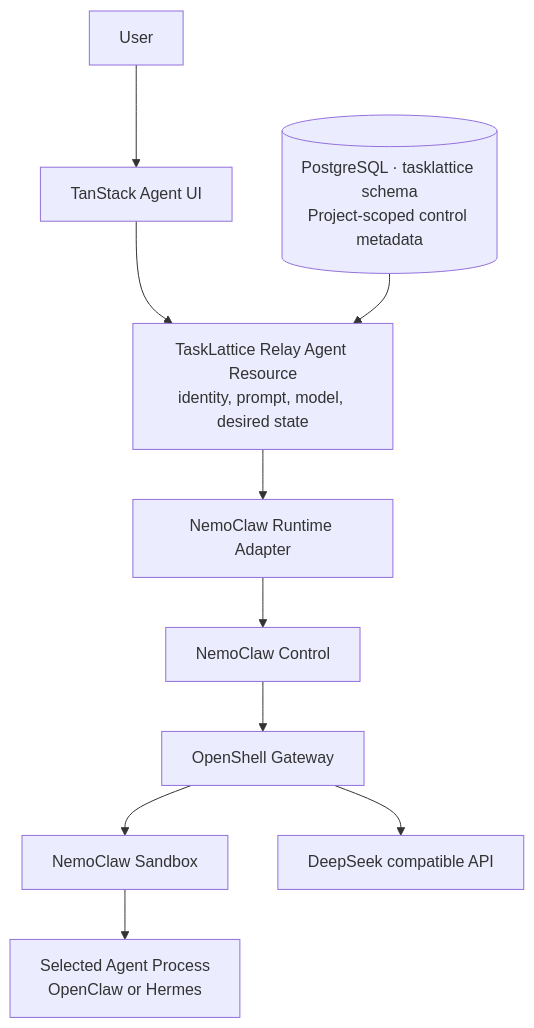
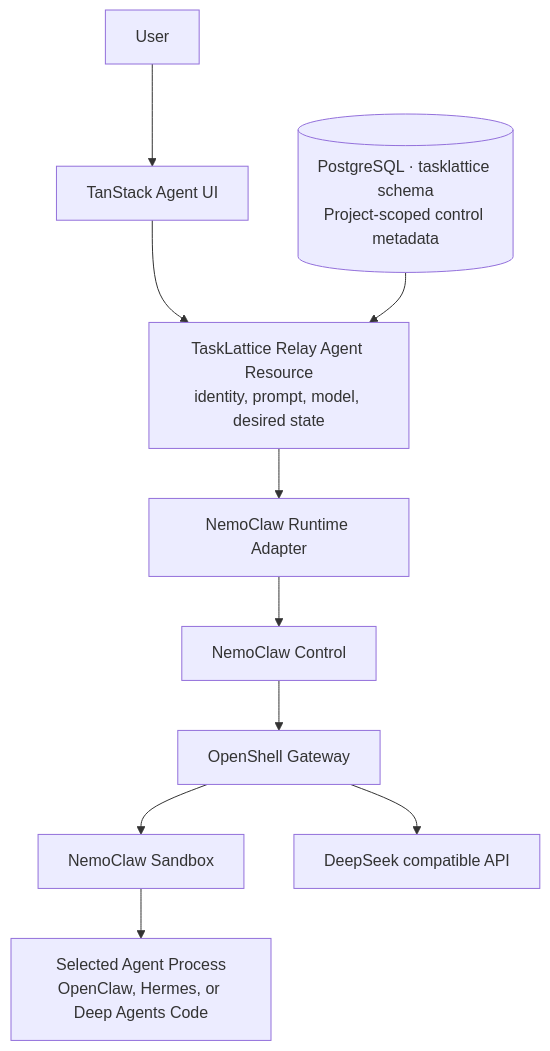
One commit to feng2009-hub/tasklattice-relay changed the first of 2 diagrams in docs/mvp-core-flow.md. Above: the diagram before and after it, drawn with Mermaid. The commit also changed other lines of this file and 35 other files, not shown here.

Commit message:
feat: add Deep Agents runtime and dev-only image builds

````diff
--- a/docs/mvp-core-flow.md
+++ b/docs/mvp-core-flow.md
@@ -19,12 +19,12 @@
 ```mermaid
 flowchart TD
     USER["User"] --> UI["TanStack Agent UI"]
     UI --> RESOURCE["TaskLattice Relay Agent Resource<br/>identity, prompt, model, desired state"]
     DB[("PostgreSQL · tasklattice schema<br/>Project-scoped control metadata")] --> RESOURCE
     RESOURCE --> ADAPTER["NemoClaw Runtime Adapter"]
     ADAPTER --> CONTROL["NemoClaw Control"]
     CONTROL --> GATEWAY["OpenShell Gateway"]
     GATEWAY --> SANDBOX["NemoClaw Sandbox"]
-    SANDBOX --> AGENT["Selected Agent Process<br/>OpenClaw or Hermes"]
+    SANDBOX --> AGENT["Selected Agent Process<br/>OpenClaw, Hermes, or Deep Agents Code"]
     GATEWAY --> INFERENCE["DeepSeek compatible API"]
 ```
````
